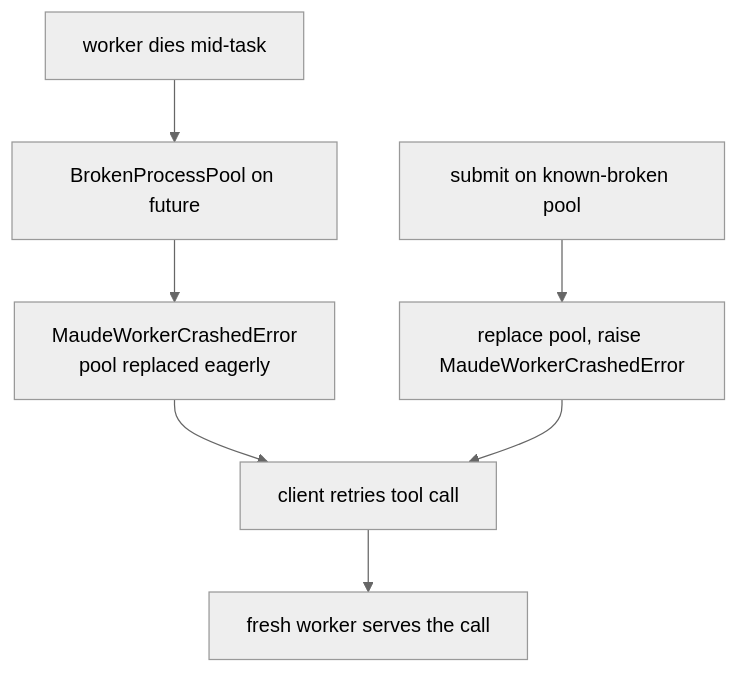
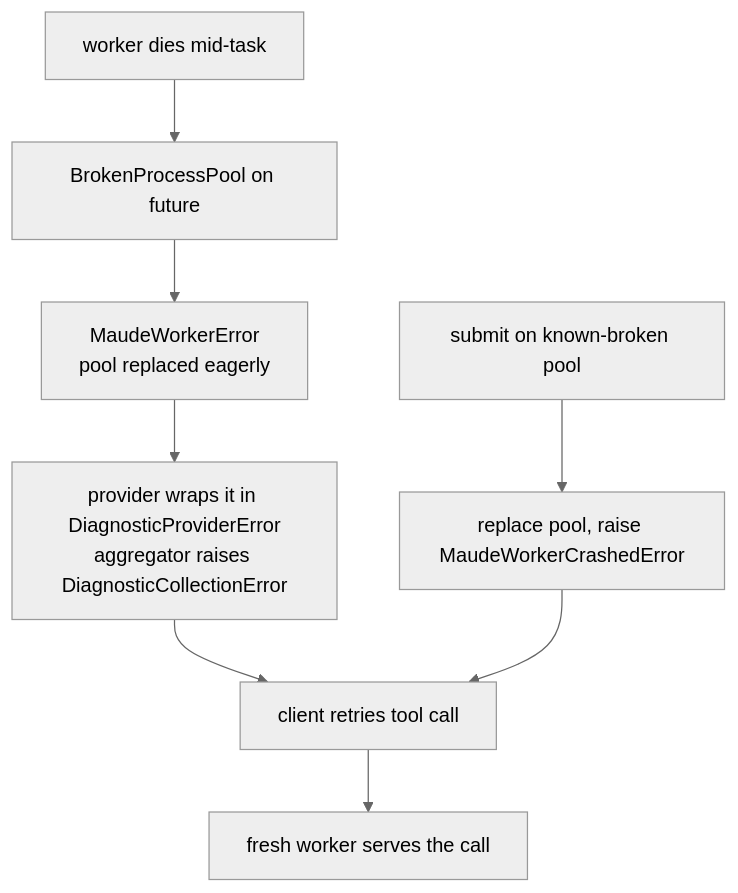
One commit to demiourgoi/Harold changed the second of 2 diagrams in harold-mcp/.agents/summary/workflows.md. Above: the diagram before and after it, drawn with Mermaid (neutral theme). The commit also changed other lines of this file and 9 other files, not shown here.

````diff
--- a/harold-mcp/.agents/summary/workflows.md
+++ b/harold-mcp/.agents/summary/workflows.md
@@ -52,9 +80,10 @@
 ```mermaid
 flowchart TD
     A[worker dies mid-task] --> B[BrokenProcessPool on future]
-    B --> C[MaudeWorkerCrashedError<br>pool replaced eagerly]
-    C --> D[client retries tool call]
-    D --> E[fresh worker serves the call]
-    F[submit on known-broken pool] --> G[replace pool, raise MaudeWorkerCrashedError]
-    G --> D
+    B --> C[MaudeWorkerError<br>pool replaced eagerly]
+    C --> D[provider wraps it in DiagnosticProviderError<br>aggregator raises DiagnosticCollectionError]
+    D --> E[client retries tool call]
+    E --> F[fresh worker serves the call]
+    F2[submit on known-broken pool] --> G[replace pool, raise MaudeWorkerCrashedError]
+    G --> E
 ```
````
